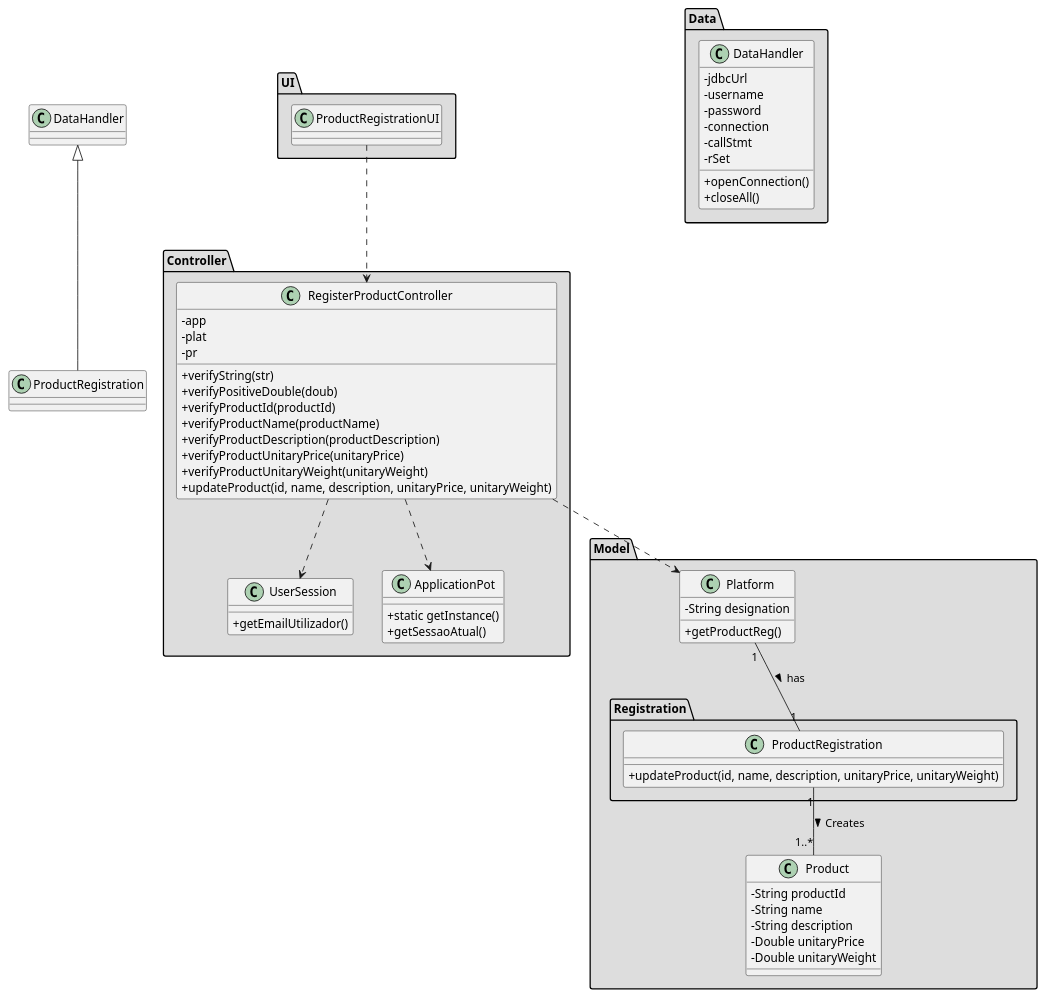
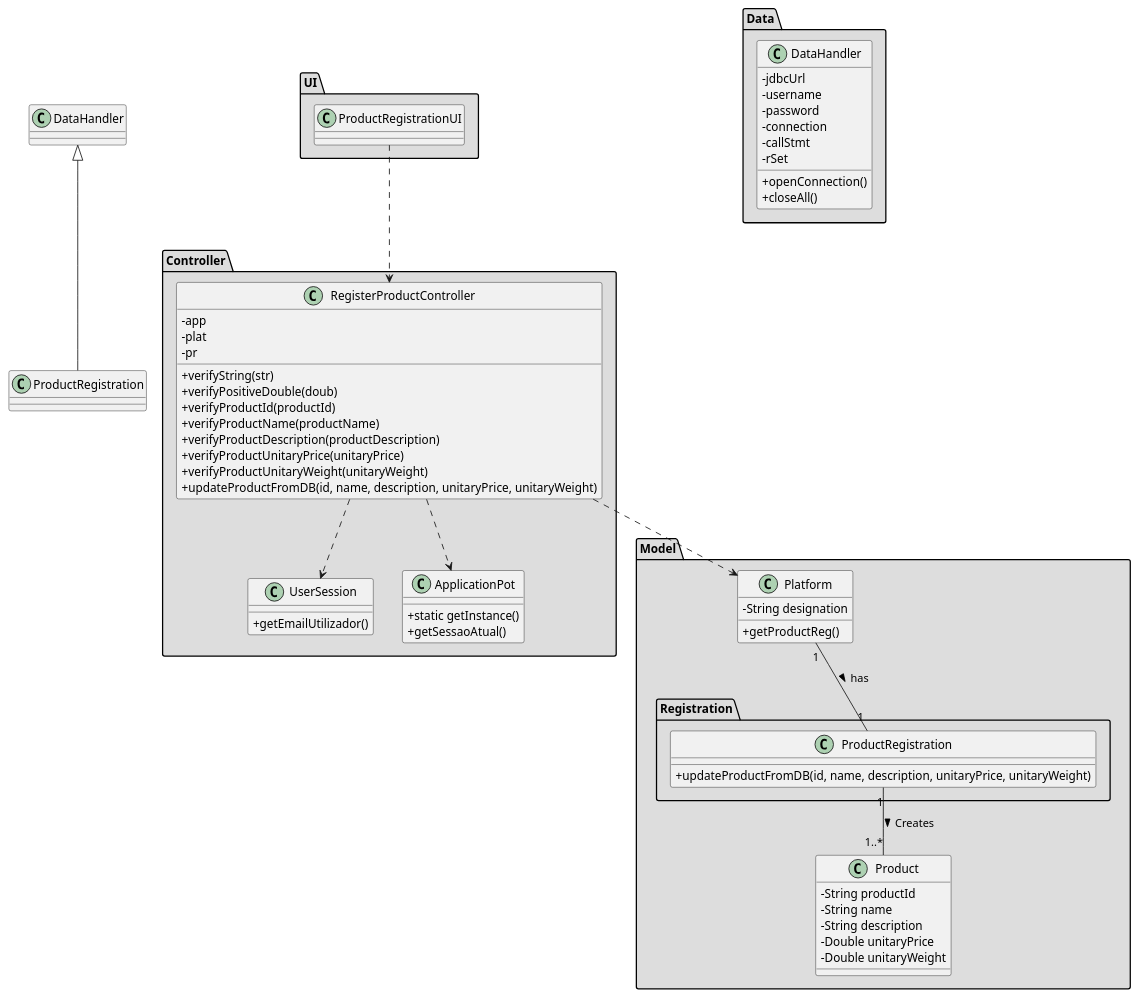
Before and after one commit to tiagoavcosta25/LAPR3: the diagram in docs/Iteration 1/Product Management/US71_UpdateProduct/US71_CD.puml, drawn with PlantUML. The commit also changed 3 other files, not shown here.

```diff
--- a/docs/Iteration 1/Product Management/US71_UpdateProduct/US71_CD.puml
+++ b/docs/Iteration 1/Product Management/US71_UpdateProduct/US71_CD.puml
@@ -1,76 +1,76 @@
 @startuml
 skinparam classAttributeIconSize 0
 package "UI" #DDDDDD {
     class ProductRegistrationUI{
     }
 }
 
 package "Controller" #DDDDDD {
     class RegisterProductController{
         -app
         -plat
         -pr
         +verifyString(str)
         +verifyPositiveDouble(doub)
         +verifyProductId(productId)
         +verifyProductName(productName)
         +verifyProductDescription(productDescription)
         +verifyProductUnitaryPrice(unitaryPrice)
         +verifyProductUnitaryWeight(unitaryWeight)
-        +updateProduct(id, name, description, unitaryPrice, unitaryWeight)
+        +updateProductFromDB(id, name, description, unitaryPrice, unitaryWeight)
     }
 
     class UserSession {
         +getEmailUtilizador()
     }
 
     class ApplicationPot {
         +static getInstance()
         +getSessaoAtual()
     }
 }
 
 package "Model" #DDDDDD {
     class Platform {
         -String designation
         +getProductReg()
     }
 
     class Product{
         -String productId
         -String name
         -String description
         -Double unitaryPrice
         -Double unitaryWeight
     }
 
     package "Registration" #DDDDDD {
         class ProductRegistration{
-            +updateProduct(id, name, description, unitaryPrice, unitaryWeight)
+            +updateProductFromDB(id, name, description, unitaryPrice, unitaryWeight)
         }
     }
 }
 
 
 package "Data" #DDDDDD {
     class DataHandler{
         -jdbcUrl
         -username
         -password
         -connection
         -callStmt
         -rSet
         +openConnection()
         +closeAll()
     }
 }
 
 
 ProductRegistrationUI ..> RegisterProductController
 RegisterProductController ..> Platform
 RegisterProductController ..> ApplicationPot
 RegisterProductController ..> UserSession
 Platform "1" -- "1" ProductRegistration: has >
 ProductRegistration "1" -- "1..*" Product: Creates >
 class ProductRegistration extends DataHandler
 @enduml
```
